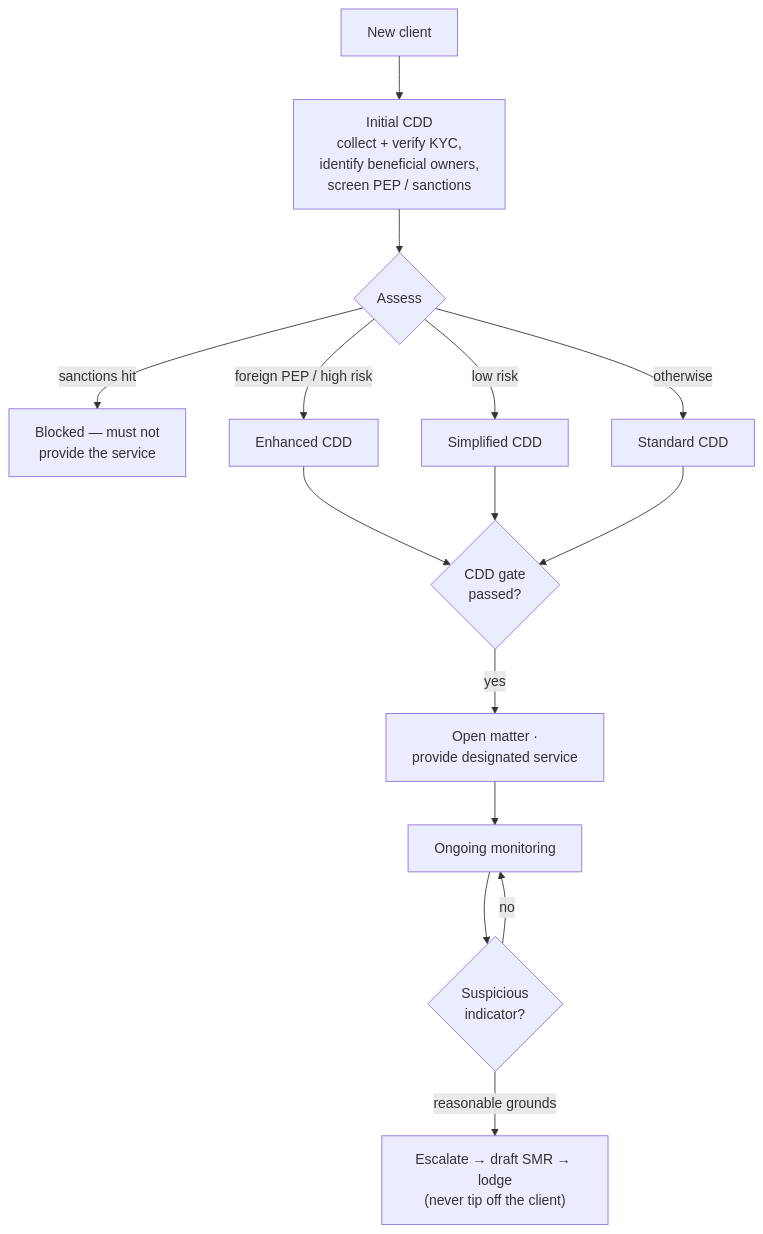
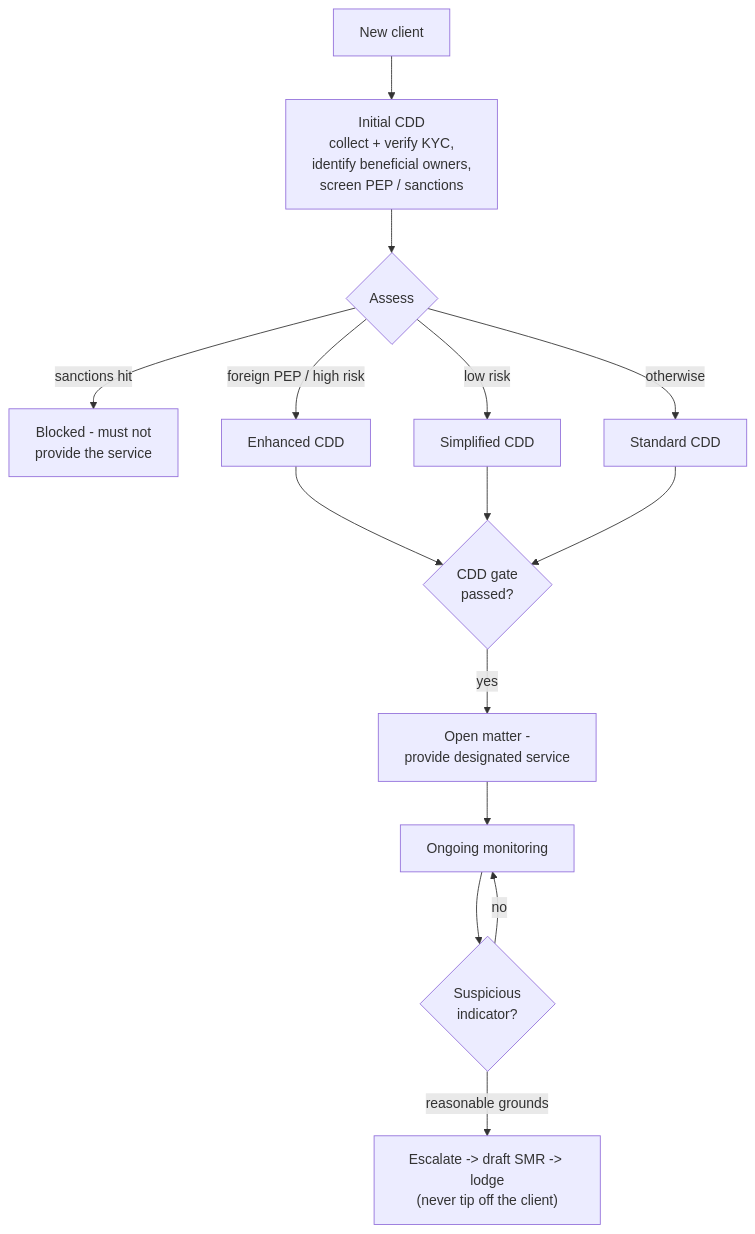
One commit to JohnJohnW/onus changed the third of 3 diagrams in README.md. Above: the diagram before and after it, drawn with Mermaid. The commit also changed other lines of this file and 46 other files, not shown here.

````diff
--- a/README.md
+++ b/README.md
@@ -69,17 +69,17 @@
 ```mermaid
 flowchart TD
   A["New client"] --> B["Initial CDD<br/>collect + verify KYC,<br/>identify beneficial owners,<br/>screen PEP / sanctions"]
   B --> C{"Assess"}
-  C -->|sanctions hit| X["Blocked — must not<br/>provide the service"]
+  C -->|sanctions hit| X["Blocked - must not<br/>provide the service"]
   C -->|foreign PEP / high risk| E["Enhanced CDD"]
   C -->|low risk| S["Simplified CDD"]
   C -->|otherwise| D["Standard CDD"]
   E --> G
   S --> G
   D --> G
-  G{"CDD gate<br/>passed?"} -->|yes| M["Open matter ·<br/>provide designated service"]
+  G{"CDD gate<br/>passed?"} -->|yes| M["Open matter -<br/>provide designated service"]
   M --> MON["Ongoing monitoring"]
   MON --> AL{"Suspicious<br/>indicator?"}
-  AL -->|reasonable grounds| SMR["Escalate → draft SMR → lodge<br/>(never tip off the client)"]
+  AL -->|reasonable grounds| SMR["Escalate -> draft SMR -> lodge<br/>(never tip off the client)"]
   AL -->|no| MON
 ```
````
